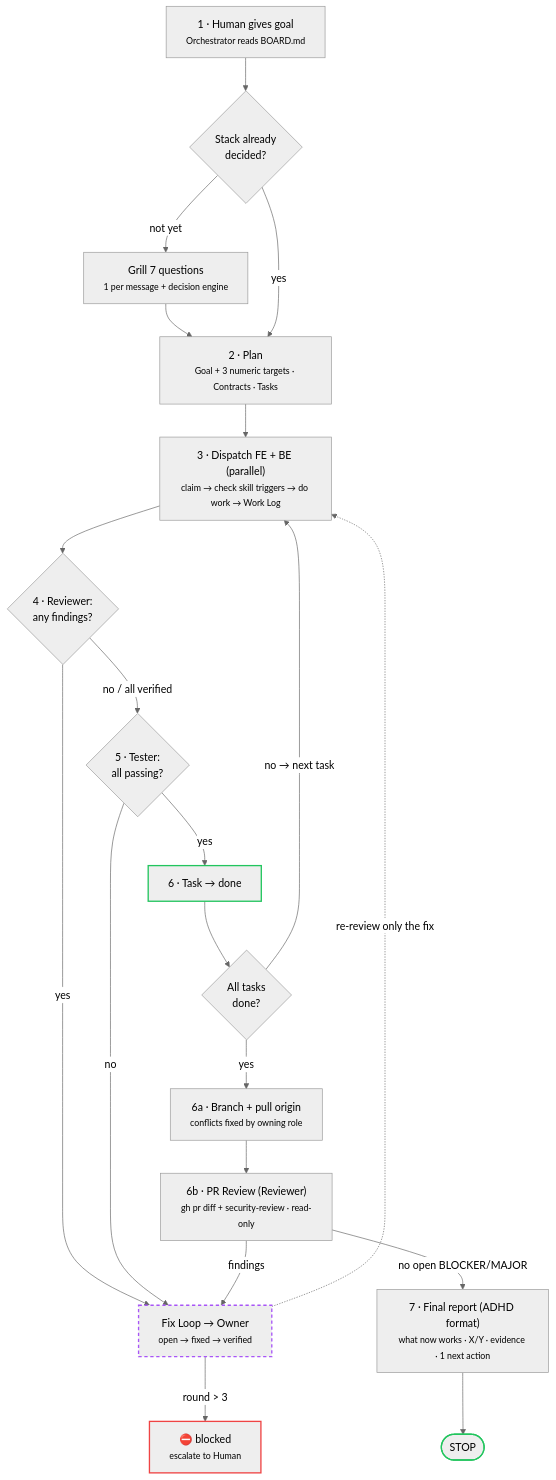
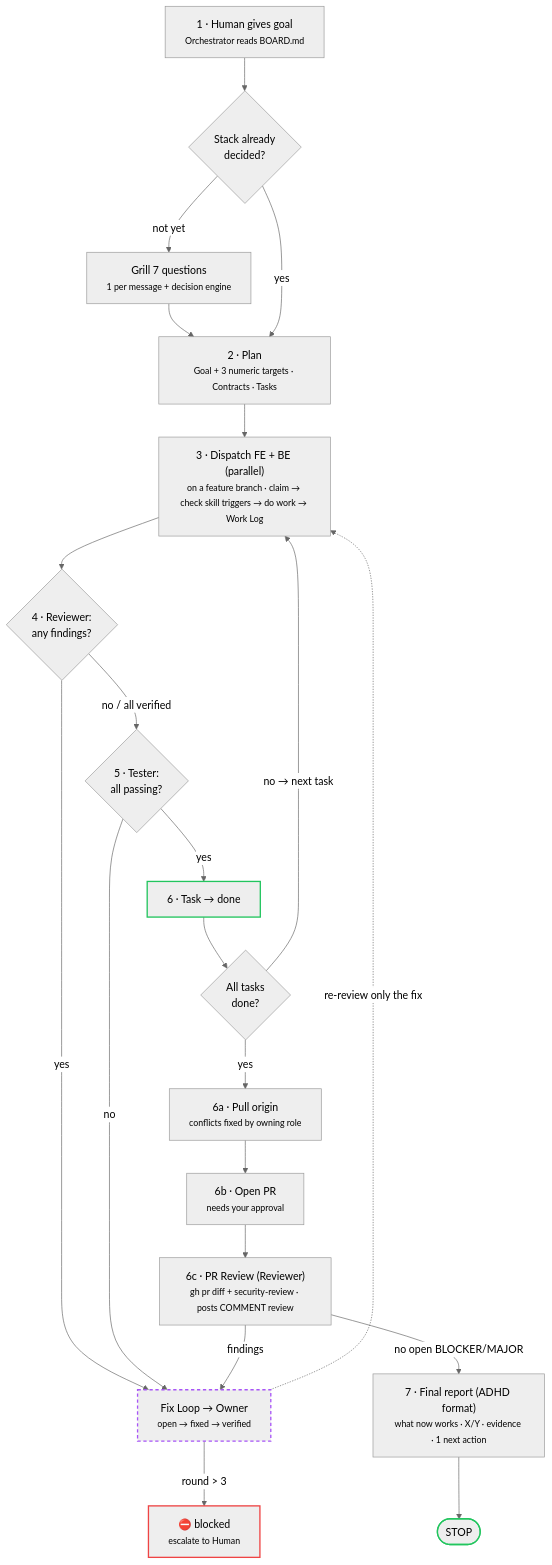
The second of 4 diagrams in README.md (kikiriky-hue/my-agent), drawn with Mermaid (neutral theme) before and after one commit. The commit also changed other lines of this file, not shown here.

First line of the commit message:
Document PR review, branch sync, and approval rules in README

````diff
--- a/README.md
+++ b/README.md
@@ -74,27 +76,28 @@
 ```mermaid
 flowchart TD
     A["1 · Human gives goal<br/><small>Orchestrator reads BOARD.md</small>"] --> D1{"Stack already<br/>decided?"}
     D1 -- not yet --> G["Grill 7 questions<br/><small>1 per message + decision engine</small>"]
     G --> P
     D1 -- yes --> P["2 · Plan<br/><small>Goal + 3 numeric targets · Contracts · Tasks</small>"]
-    P --> W["3 · Dispatch FE + BE (parallel)<br/><small>claim → check skill triggers → do work → Work Log</small>"]
+    P --> W["3 · Dispatch FE + BE (parallel)<br/><small>on a feature branch · claim → check skill triggers → do work → Work Log</small>"]
     W --> R{"4 · Reviewer:<br/>any findings?"}
     R -- yes --> F["Fix Loop → Owner<br/><small>open → fixed → verified</small>"]
     R -- "no / all verified" --> T{"5 · Tester:<br/>all passing?"}
     T -- no --> F
     F -. "re-review only the fix" .-> W
     F -- "round > 3" --> X["⛔ blocked<br/><small>escalate to Human</small>"]
     T -- yes --> DN["6 · Task → done"]
     DN --> D2{"All tasks<br/>done?"}
     D2 -- "no → next task" --> W
-    D2 -- yes --> BR["6a · Branch + pull origin<br/><small>conflicts fixed by owning role</small>"]
-    BR --> PR["6b · PR Review (Reviewer)<br/><small>gh pr diff + security-review · read-only</small>"]
+    D2 -- yes --> BR["6a · Pull origin<br/><small>conflicts fixed by owning role</small>"]
+    BR --> OP["6b · Open PR<br/><small>needs your approval</small>"]
+    OP --> PR["6c · PR Review (Reviewer)<br/><small>gh pr diff + security-review · posts COMMENT review</small>"]
     PR -- findings --> F
     PR -- "no open BLOCKER/MAJOR" --> RP["7 · Final report (ADHD format)<br/><small>what now works · X/Y · evidence · 1 next action</small>"]
     RP --> S(["STOP"])
 
     style F stroke:#a855f7,stroke-width:2px,stroke-dasharray:5 4
     style X stroke:#ef4444,stroke-width:2px
     style DN stroke:#22c55e,stroke-width:2px
     style S stroke:#22c55e,stroke-width:2px
 ```
````
